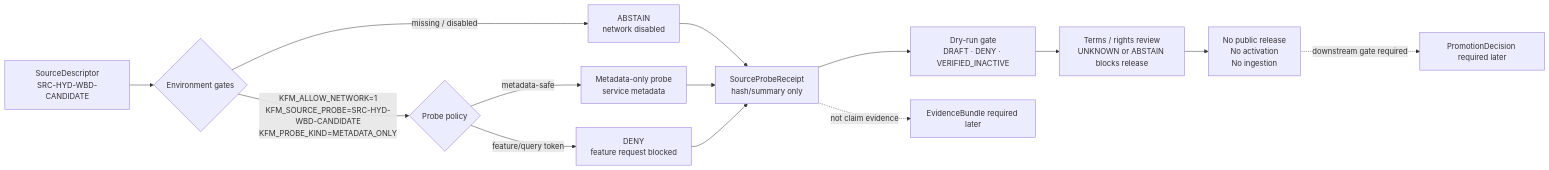
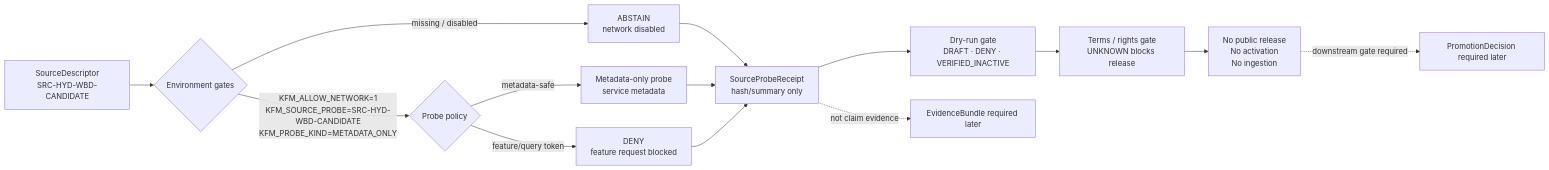
One commit to bartytime4life/Kansas-Frontier-Matrix changed the diagram in docs/adr/ADR-0307-hydrology-wbd-metadata-probe.md. Above: the diagram before and after it, drawn with Mermaid. The commit also changed other lines of this file, not shown here.

````diff
--- a/docs/adr/ADR-0307-hydrology-wbd-metadata-probe.md
+++ b/docs/adr/ADR-0307-hydrology-wbd-metadata-probe.md
@@ -239,20 +318,20 @@
 ```mermaid
 flowchart LR
   SD[SourceDescriptor<br/>SRC-HYD-WBD-CANDIDATE] --> ENV{Environment gates}
   ENV -->|missing / disabled| ABSTAIN[ABSTAIN<br/>network disabled]
   ENV -->|KFM_ALLOW_NETWORK=1<br/>KFM_SOURCE_PROBE=SRC-HYD-WBD-CANDIDATE<br/>KFM_PROBE_KIND=METADATA_ONLY| POLICY{Probe policy}
 
   POLICY -->|metadata-safe| PROBE[Metadata-only probe<br/>service metadata]
   POLICY -->|feature/query token| DENY[DENY<br/>feature request blocked]
 
   PROBE --> RECEIPT[SourceProbeReceipt<br/>hash/summary only]
   ABSTAIN --> RECEIPT
   DENY --> RECEIPT
 
   RECEIPT --> GATE[Dry-run gate<br/>DRAFT · DENY · VERIFIED_INACTIVE]
-  GATE --> REVIEW[Terms / rights review<br/>UNKNOWN or ABSTAIN blocks release]
-  REVIEW --> BLOCK[No public release<br/>No activation<br/>No ingestion]
+  GATE --> RIGHTS[Terms / rights gate<br/>UNKNOWN blocks release]
+  RIGHTS --> BLOCK[No public release<br/>No activation<br/>No ingestion]
 
   RECEIPT -. not claim evidence .-> EB[EvidenceBundle required later]
   BLOCK -. downstream gate required .-> PROMO[PromotionDecision required later]
 ```
````
